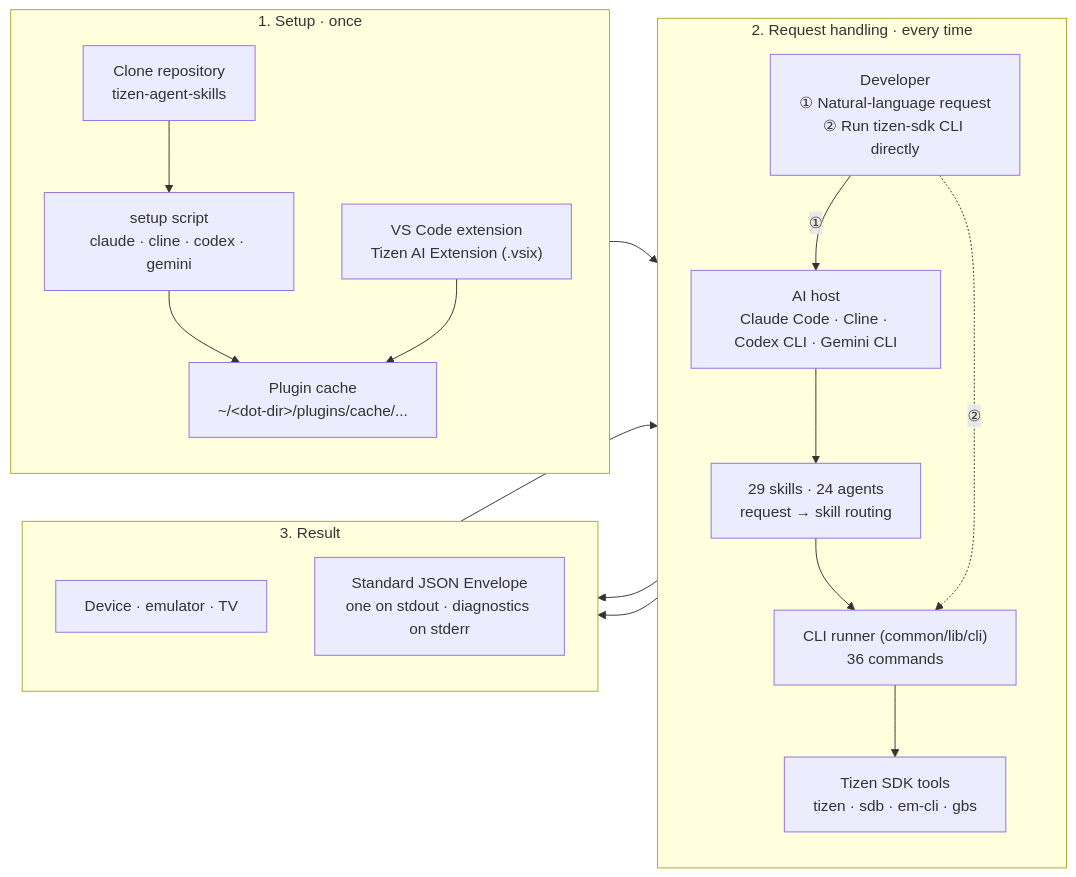
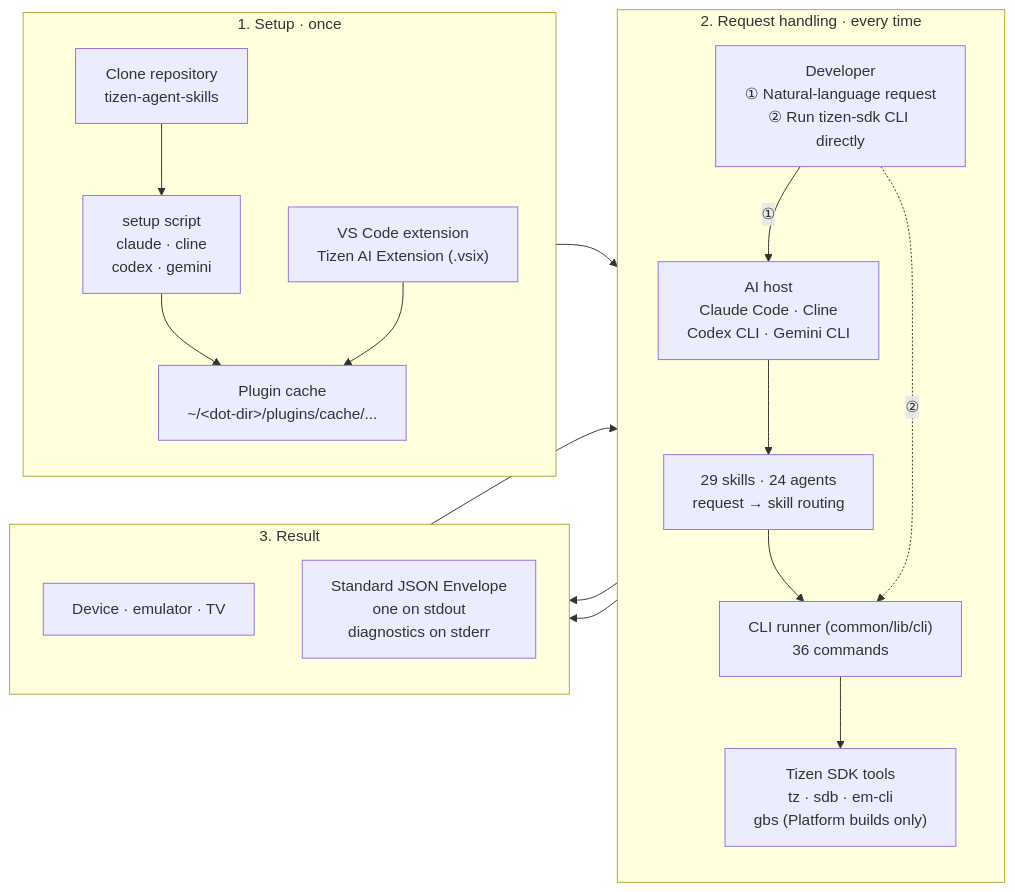
One commit to Samsung/tizen-agent-skills changed the first of 2 diagrams in tizen-sdk-skills/quick-guide.md. Above: the diagram before and after it, drawn with Mermaid. The commit also changed other lines of this file and 3 other files, not shown here.

First line of the commit message:
docs(tizen-sdk-skills): fix quick guide diagram labels and signing step (#103)

````diff
--- a/tizen-sdk-skills/quick-guide.md
+++ b/tizen-sdk-skills/quick-guide.md
@@ -11,33 +11,33 @@
 ```mermaid
 flowchart LR
     subgraph S1["1. Setup · once"]
         direction TB
-        Clone["Clone repository<br/>tizen-agent-skills"] --> Setup["setup script<br/>claude · cline · codex · gemini"]
+        Clone["Clone repository<br/>tizen-agent-skills"] --> Setup["setup script<br/>claude · cline<br/>codex · gemini"]
         VSIX["VS Code extension<br/>Tizen AI Extension (.vsix)"]
         Setup --> Cache["Plugin cache<br/>~/&lt;dot-dir&gt;/plugins/cache/..."]
         VSIX --> Cache
     end
 
     subgraph S2["2. Request handling · every time"]
         direction TB
         Dev["Developer<br/>① Natural-language request<br/>② Run tizen-sdk CLI directly"]
-        Host["AI host<br/>Claude Code · Cline · Codex CLI · Gemini CLI"]
+        Host["AI host<br/>Claude Code · Cline<br/>Codex CLI · Gemini CLI"]
         Skill["29 skills · 24 agents<br/>request → skill routing"]
         Runner["CLI runner (common/lib/cli)<br/>36 commands"]
-        Tools["Tizen SDK tools<br/>tizen · sdb · em-cli · gbs"]
+        Tools["Tizen SDK tools<br/>tz · sdb · em-cli<br/>gbs (Platform builds only)"]
         Dev -->|①| Host --> Skill --> Runner
         Dev -.->|②| Runner
         Runner --> Tools
     end
 
     subgraph S3["3. Result"]
         direction TB
         Target["Device · emulator · TV"]
-        Env["Standard JSON Envelope<br/>one on stdout · diagnostics on stderr"]
+        Env["Standard JSON Envelope<br/>one on stdout<br/>diagnostics on stderr"]
     end
 
     Cache --> Skill
     Tools --> Target
     Runner --> Env
     Env --> Host
 ```
````
